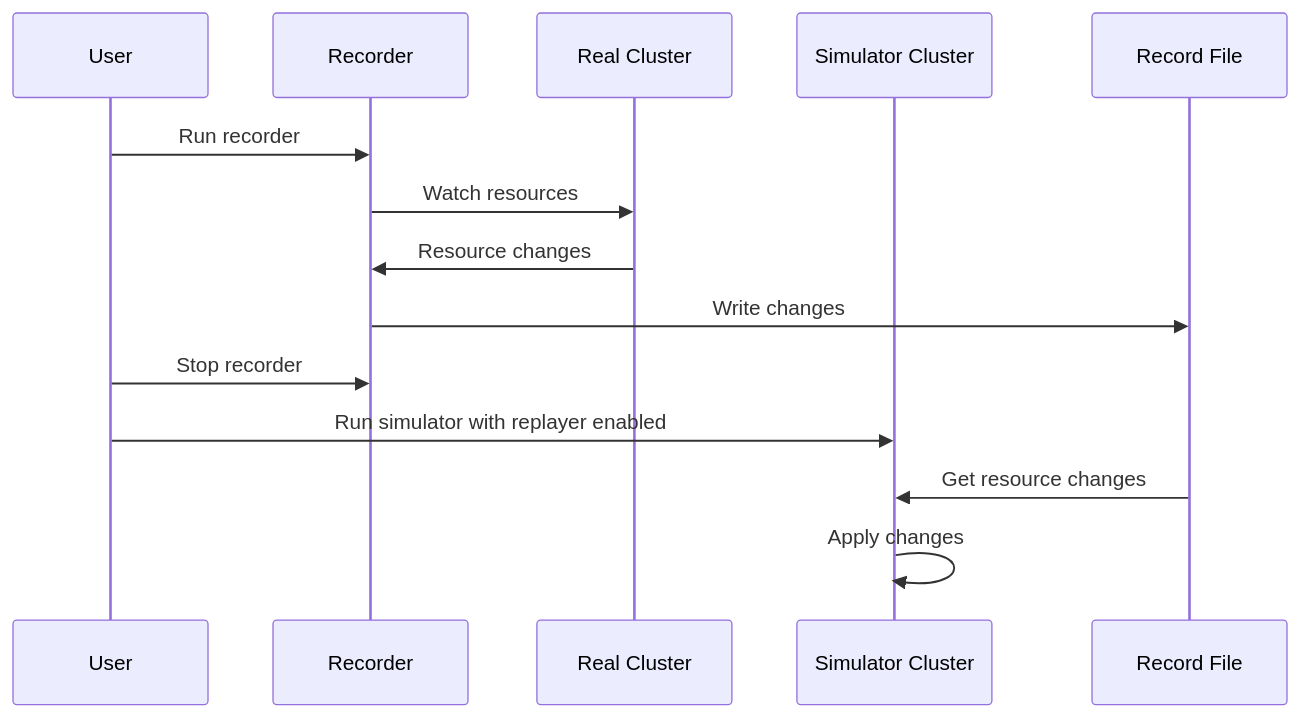
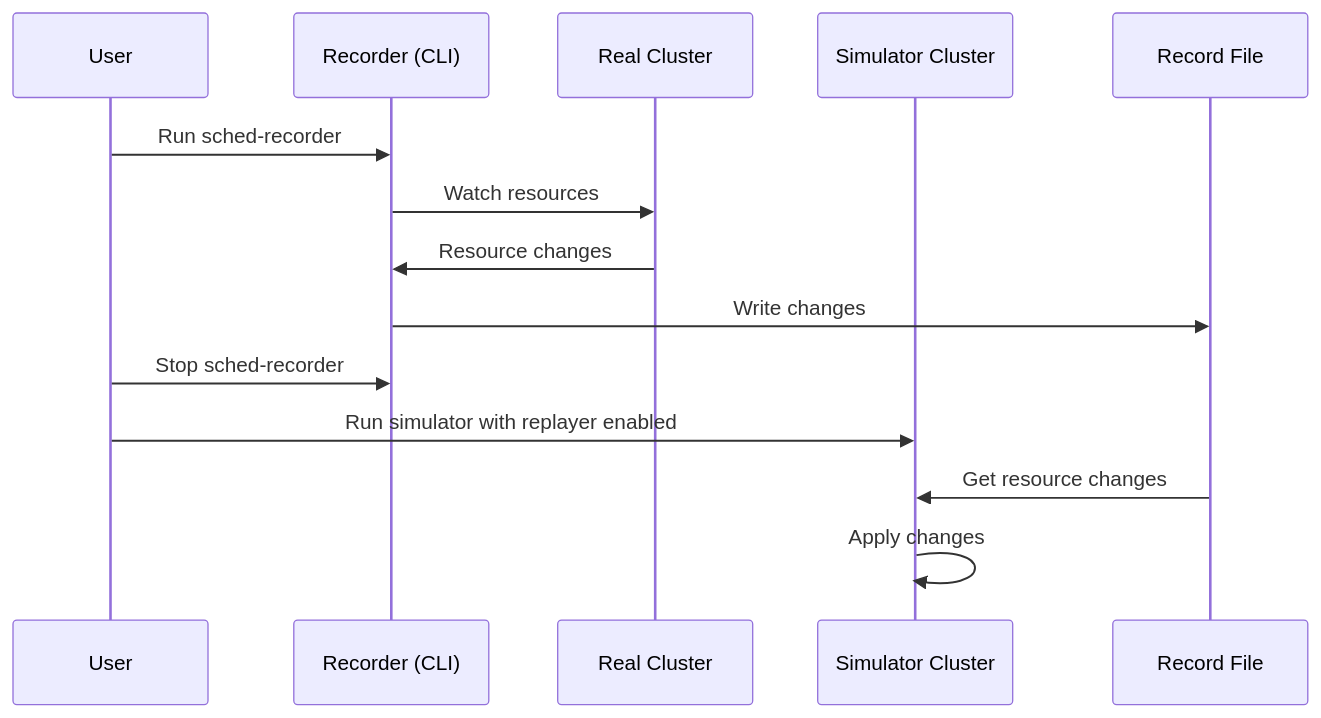
The diagram in simulator/docs/record-and-replay-cluster-changes.md (kubernetes-sigs/kube-scheduler-simulator), drawn with Mermaid before and after one commit. The commit also changed other lines of this file and 2 other files, not shown here.

````diff
--- a/simulator/docs/record-and-replay-cluster-changes.md
+++ b/simulator/docs/record-and-replay-cluster-changes.md
@@ -5,16 +5,16 @@
 ```mermaid
 sequenceDiagram
     participant user as User
-    participant recorder as Recorder
+    participant recorder as Recorder (CLI)
     participant realcluster as Real Cluster
     participant simulator as Simulator Cluster
     participant recordfile as Record File
-    user->>recorder: Run recorder
+    user->>recorder: Run sched-recorder
     recorder->>realcluster: Watch resources
     realcluster->>recorder: Resource changes
     recorder->>recordfile: Write changes
-    user->>recorder: Stop recorder
+    user->>recorder: Stop sched-recorder
     user->>simulator: Run simulator with replayer enabled
     recordfile->>simulator: Get resource changes
     simulator->>simulator: Apply changes
 ```
````
